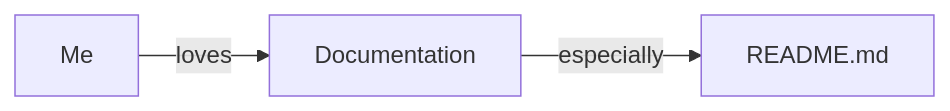
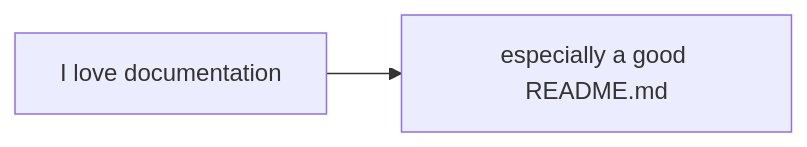
One commit to NikhilMath/NikhilMath changed the diagram in README.md. Above: the diagram before and after it, drawn with Mermaid.

Commit message:
Simplify documentation diagram

````diff
--- a/README.md
+++ b/README.md
@@ -5,5 +5,4 @@
 ```mermaid
 flowchart LR
-    Me -- loves --> Documentation
-    Documentation -- especially --> README.md
+    A[I love documentation] --> B[especially a good README.md]
 ```
````
